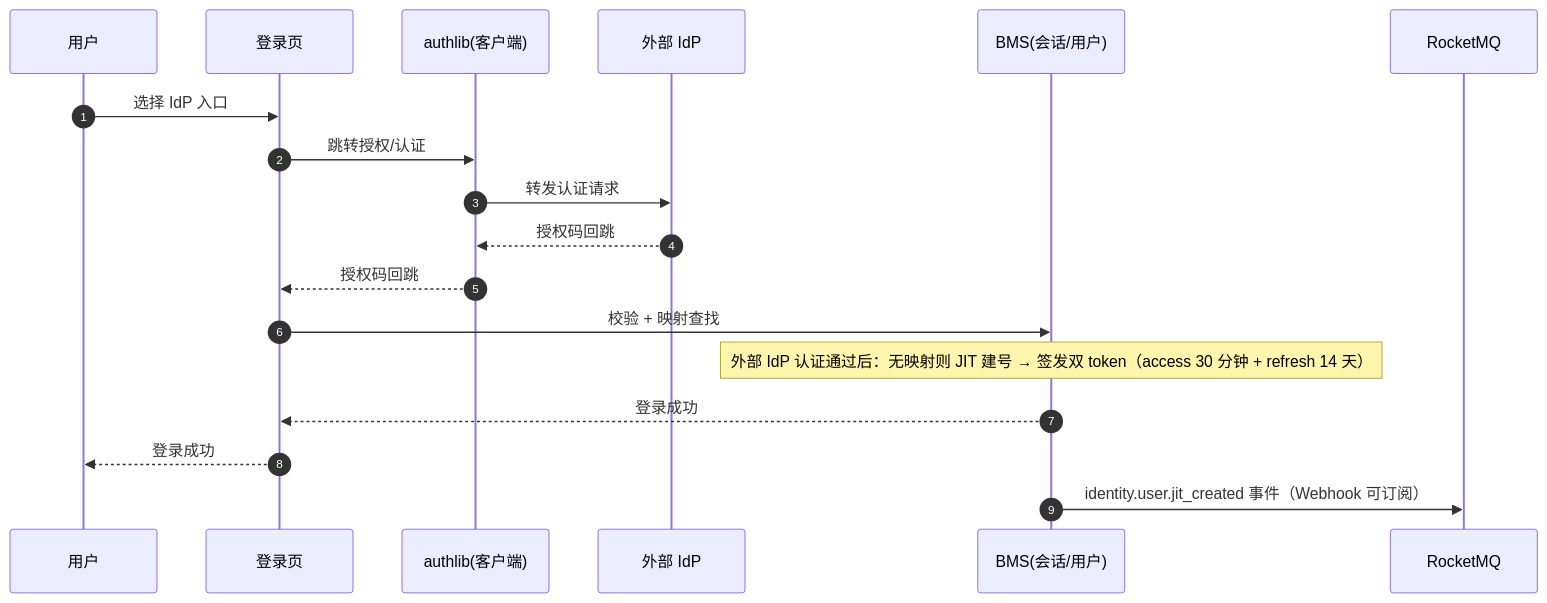
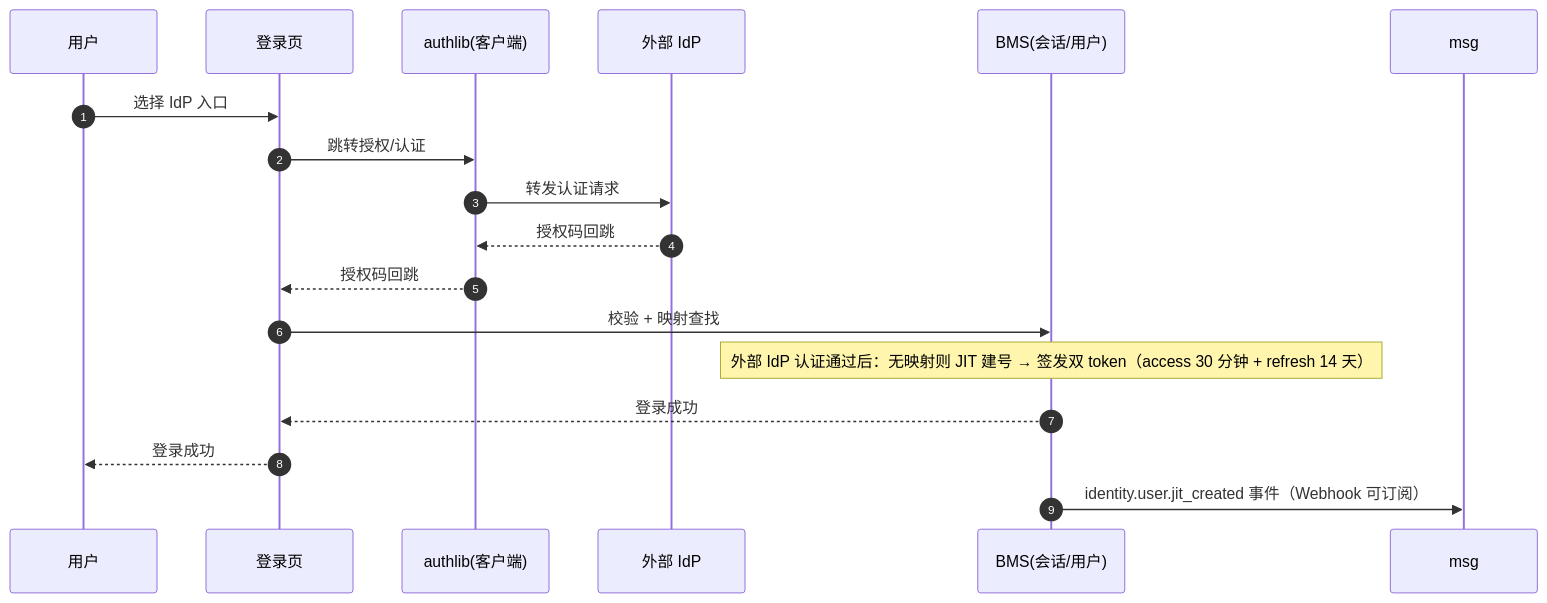
One commit to minjian123/basic-management-system changed the diagram in bms文档/设计/概要设计/26_概要设计_身份认证SSO.md. Above: the diagram before and after it, drawn with Mermaid. The commit also changed 118 other files, not shown here.

````diff
--- a/bms文档/设计/概要设计/26_概要设计_身份认证SSO.md
+++ b/bms文档/设计/概要设计/26_概要设计_身份认证SSO.md
@@ -52,21 +52,21 @@
 ```mermaid
 sequenceDiagram
     autonumber
     participant 用户
     participant 登录页
     participant authlib as authlib(客户端)
     participant IdP as 外部 IdP
     participant BMS as BMS(会话/用户)
-    participant MQ as RocketMQ
+    participant MQ as msg
 
     用户->>登录页: 选择 IdP 入口
     登录页->>authlib: 跳转授权/认证
     authlib->>IdP: 转发认证请求
     IdP-->>authlib: 授权码回跳
     authlib-->>登录页: 授权码回跳
     登录页->>BMS: 校验 + 映射查找
     Note over BMS: 外部 IdP 认证通过后：无映射则 JIT 建号 → 签发双 token（access 30 分钟 + refresh 14 天）
     BMS-->>登录页: 登录成功
     登录页-->>用户: 登录成功
     BMS->>MQ: identity.user.jit_created 事件（Webhook 可订阅）
 ```
````
